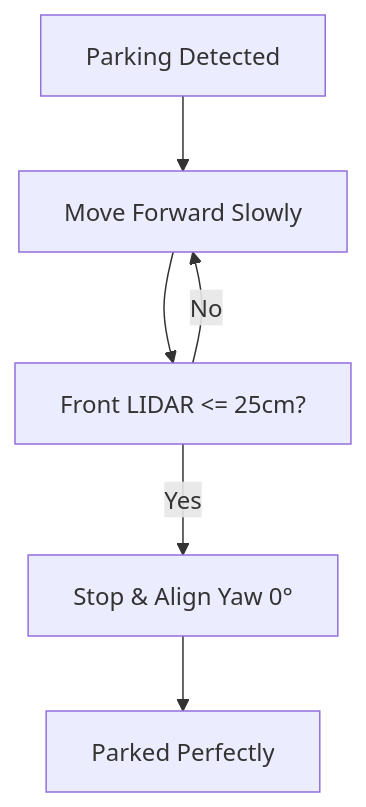
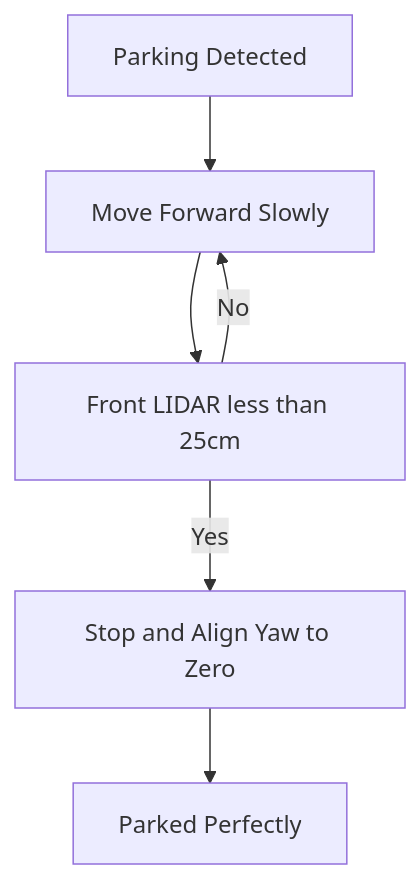
Before and after one commit to DexterTaha/WRO-FE-2025-Mindcraft: the ninth of 10 diagrams in other/strategy/README.md, drawn with Mermaid. The commit also changed other lines of this file, not shown here.

````diff
--- a/other/strategy/README.md
+++ b/other/strategy/README.md
@@ -248,8 +248,8 @@
 ```mermaid
 flowchart TD
 StartP[Parking Detected] --> Forward[Move Forward Slowly]
-Forward --> CheckDist[Front LIDAR <= 25cm?]
+Forward --> CheckDist[Front LIDAR less than 25cm]
 CheckDist -->|No| Forward
-CheckDist -->|Yes| Stop[Stop & Align Yaw 0°]
+CheckDist -->|Yes| Stop[Stop and Align Yaw to Zero]
 Stop --> End[Parked Perfectly]
 ```
````
